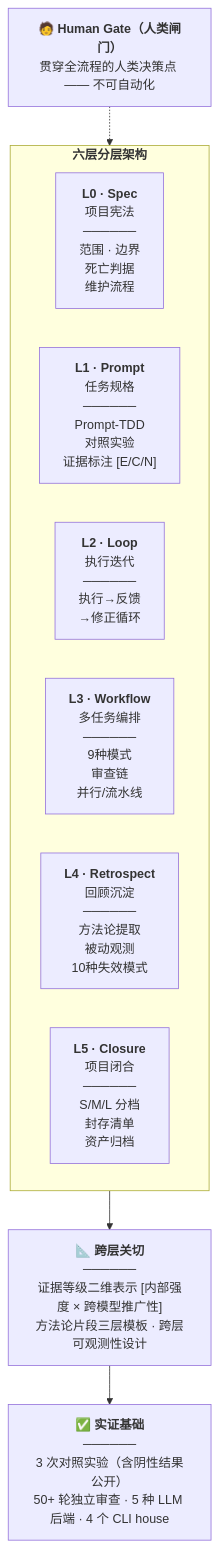
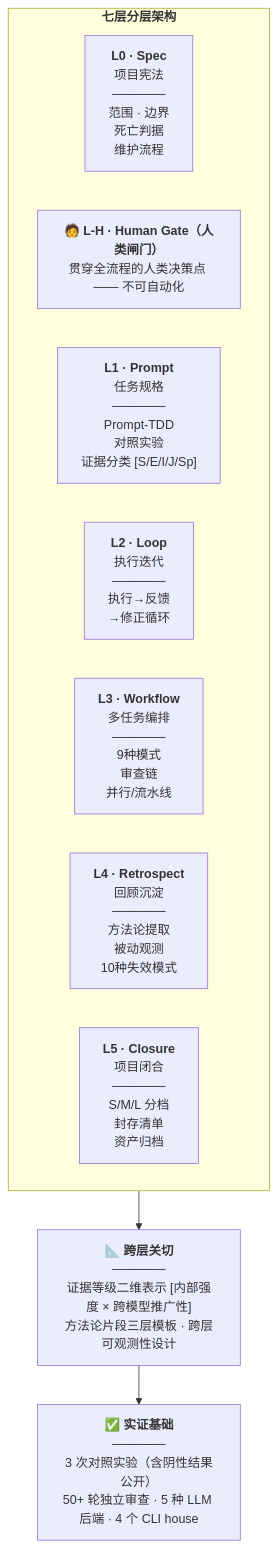
One commit to redamancy231-create/ai-collaboration-framework changed the diagram in README.md. Above: the diagram before and after it, drawn with Mermaid. The commit also changed other lines of this file and 2 other files, not shown here.

Commit message:
docs: 修正 README 三语三处失实（五级证据分类 / 4 个 CLI house / 七层架构）
- 证据标注 [E/C/N] → 证据分类 [S/E/I/J/Sp]（对齐主文档 §9.6 五级分类，
  框架中不存在 [E/C/N] 三级标签）
- 审查链「5 个 CLI」→「4 个 CLI house」（ZCode 是桌面客户端，严格来说
  不算 CLI；审查者跨 Claude Code / Codex / Kimi Code / Qwen 四个 CLI house，
  GLM-5.2/ZCode 为编辑者非审查者，对齐主文档 §1.8 局限 #8）
- 「六层架构」→「七层架构」（Human Gate 纳入第 7 层，对齐主文档 §1.3
  「七层 + 四跨层关切」口径）
- mermaid 图结构修正：Human Gate 从 subgraph 外移入成为 L-H 层

````diff
--- a/README.md
+++ b/README.md
@@ -22,23 +22,20 @@
 ```mermaid
 flowchart TB
-    HG["🧑 <b>Human Gate（人类闸门）</b><br/>贯穿全流程的人类决策点 —— 不可自动化"]
-
-    subgraph LAYERS["<b>六层分层架构</b>"]
+    subgraph LAYERS["<b>七层分层架构</b>"]
         direction LR
         L0["<b>L0 · Spec</b><br/>项目宪法<br/>──────<br/>范围 · 边界<br/>死亡判据<br/>维护流程"]
-        L1["<b>L1 · Prompt</b><br/>任务规格<br/>──────<br/>Prompt-TDD<br/>对照实验<br/>证据标注 [E/C/N]"]
+        LH["🧑 <b>L-H · Human Gate（人类闸门）</b><br/>贯穿全流程的人类决策点 —— 不可自动化"]
+        L1["<b>L1 · Prompt</b><br/>任务规格<br/>──────<br/>Prompt-TDD<br/>对照实验<br/>证据分类 [S/E/I/J/Sp]"]
         L2["<b>L2 · Loop</b><br/>执行迭代<br/>──────<br/>执行→反馈<br/>→修正循环"]
         L3["<b>L3 · Workflow</b><br/>多任务编排<br/>──────<br/>9种模式<br/>审查链<br/>并行/流水线"]
         L4["<b>L4 · Retrospect</b><br/>回顾沉淀<br/>──────<br/>方法论提取<br/>被动观测<br/>10种失效模式"]
         L5["<b>L5 · Closure</b><br/>项目闭合<br/>──────<br/>S/M/L 分档<br/>封存清单<br/>资产归档"]
     end
-
-    HG -.-> LAYERS
 
     CROSS["📐 <b>跨层关切</b><br/>──────<br/>证据等级二维表示 [内部强度 × 跨模型推广性]<br/>方法论片段三层模板 · 跨层可观测性设计"]
 
     EMPIRICAL["✅ <b>实证基础</b><br/>──────<br/>3 次对照实验（含阴性结果公开）<br/>50+ 轮独立审查 · 5 种 LLM 后端 · 4 个 CLI house"]
 
     LAYERS --> CROSS
     CROSS --> EMPIRICAL
 ```
````
